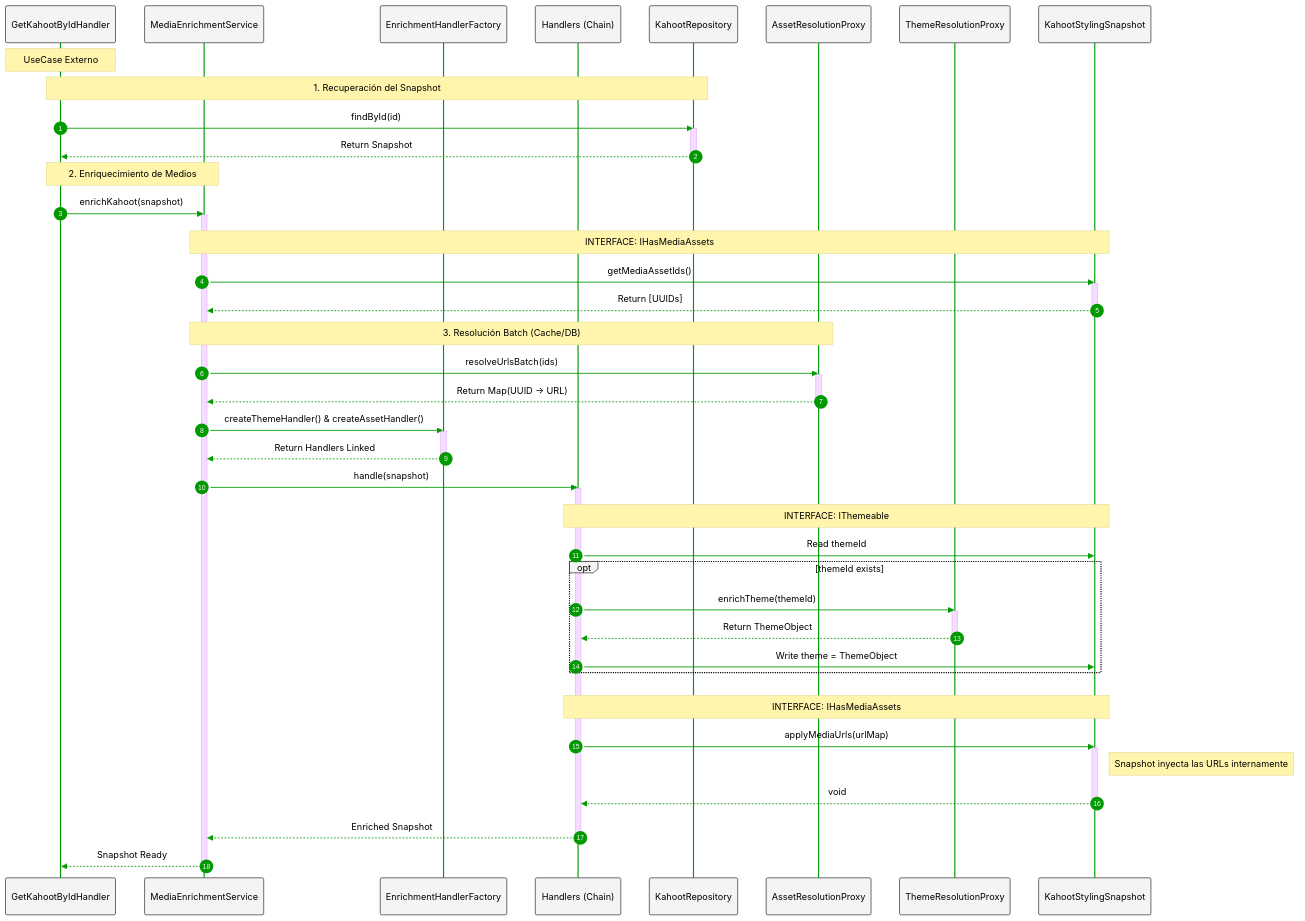
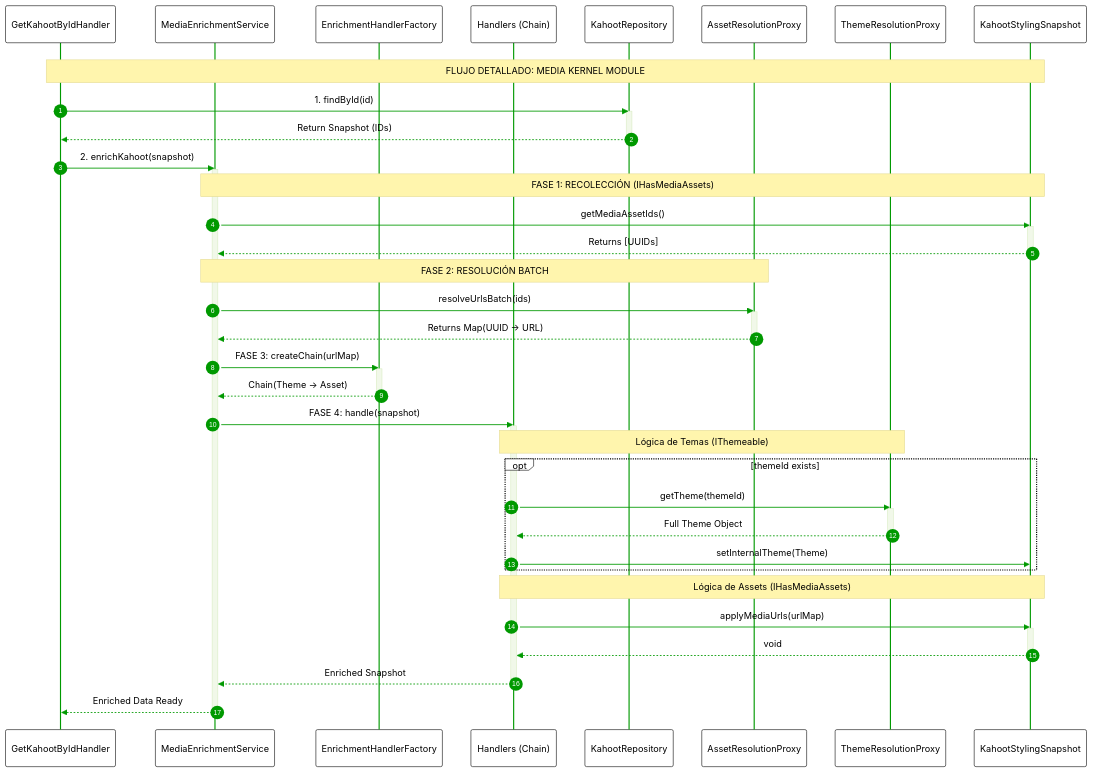
One commit to Franku03/quizzy-backend changed the fourth of 4 diagrams in README.md. Above: the diagram before and after it, drawn with Mermaid. The commit also changed other lines of this file, not shown here.

Commit message:
Revise Mermaid diagram styles and flow details
Updated Mermaid diagram styles and improved flow descriptions.

````diff
--- a/README.md
+++ b/README.md
@@ -610,18 +610,19 @@
 %%{init: {
   'theme': 'base',
   'themeVariables': {
-    'background': '#f4f4f5',
-    'mainBkg': '#f4f4f5',
+    'background': '#ffffff',
+    'mainBkg': '#ffffff',
+    'primaryColor': '#e1f5fe',
+    'secondaryColor': '#f1f8e9',
     'signalColor': '#009900',
     'signalTextColor': '#000000',
     'actorTextColor': '#000000',
     'noteTextColor': '#000000',
-    'loopTextColor': '#000000',
     'actorLineColor': '#009900',
     'labelBoxBorderColor': '#000000',
     'actorBorder': '#000000',
     'fontSize': '15px',
-    'fontFamily': 'Arial'
+    'fontFamily': 'Segoe UI'
   }
 } }%%
 
@@ -637,73 +638,56 @@
     participant ThemeProxy as ThemeResolutionProxy
     participant Snapshot as KahootStylingSnapshot
 
-    Note over Handler: UseCase Externo
+    rect rgb(255, 255, 255)
+        Note over Handler, Snapshot: FLUJO DETALLADO: MEDIA KERNEL MODULE
+        
+        Handler->>Repo: 1. findById(id)
+        activate Repo
+        Repo-->>Handler: Return Snapshot (IDs)
+        deactivate Repo
 
-    %% --- INICIO DEL FLUJO ---
-    
-    Note over Handler, Repo: 1. Recuperación del Snapshot
-    Handler->>Repo: findById(id)
-    activate Repo
-    Repo-->>Handler: Return Snapshot
-    deactivate Repo
+        Handler->>Facade: 2. enrichKahoot(snapshot)
+        activate Facade
 
-    Note over Handler, Facade: 2. Enriquecimiento de Medios
-    Handler->>Facade: enrichKahoot(snapshot)
-    activate Facade
-
-    %% FASE DE RECOLECCIÓN
-    rect rgb(255, 255, 255)
-        Note over Facade, Snapshot: INTERFACE: IHasMediaAssets
+        Note over Facade, Snapshot: FASE 1: RECOLECCIÓN (IHasMediaAssets)
         Facade->>Snapshot: getMediaAssetIds()
         activate Snapshot
-        Snapshot-->>Facade: Return [UUIDs]
+        Snapshot-->>Facade: Returns [UUIDs]
         deactivate Snapshot
-    end
 
-    %% FASE DE RESOLUCIÓN (INFRA)
-    Note over Facade, ImgProxy: 3. Resolución Batch (Cache/DB)
-    Facade->>ImgProxy: resolveUrlsBatch(ids)
-    activate ImgProxy
-    ImgProxy-->>Facade: Return Map(UUID -> URL)
-    deactivate ImgProxy
+        Note over Facade, ImgProxy: FASE 2: RESOLUCIÓN BATCH
+        Facade->>ImgProxy: resolveUrlsBatch(ids)
+        activate ImgProxy
+        ImgProxy-->>Facade: Returns Map(UUID -> URL)
+        deactivate ImgProxy
 
-    %% FASE DE CONFIGURACIÓN
-    Facade->>Factory: createThemeHandler() & createAssetHandler()
-    activate Factory
-    Factory-->>Facade: Return Handlers Linked
-    deactivate Factory
+        Facade->>Factory: FASE 3: createChain(urlMap)
+        activate Factory
+        Factory-->>Facade: Chain(Theme -> Asset)
+        deactivate Factory
 
-    %% FASE DE PROCESAMIENTO
-    Facade->>Chain: handle(snapshot)
-    activate Chain
+        Facade->>Chain: FASE 4: handle(snapshot)
+        activate Chain
 
-    %% LÓGICA DE TEMA
-    rect rgb(255, 255, 255)
-        Note over Chain, Snapshot: INTERFACE: IThemeable
-        Chain->>Snapshot: Read themeId
-        
+        Note over Chain, ThemeProxy: Lógica de Temas (IThemeable)
         opt themeId exists
-            Chain->>ThemeProxy: enrichTheme(themeId)
+            Chain->>ThemeProxy: getTheme(themeId)
             activate ThemeProxy
-            ThemeProxy-->>Chain: Return ThemeObject
+            ThemeProxy-->>Chain: Full Theme Object
             deactivate ThemeProxy
-            Chain->>Snapshot: Write theme = ThemeObject
+            Chain->>Snapshot: setInternalTheme(Theme)
         end
-    end
 
-    %% LÓGICA DE ASSETS
-    rect rgb(255, 255, 255)
-        Note over Chain, Snapshot: INTERFACE: IHasMediaAssets
+        Note over Chain, Snapshot: Lógica de Assets (IHasMediaAssets)
         Chain->>Snapshot: applyMediaUrls(urlMap)
         activate Snapshot
-        Note right of Snapshot: Snapshot inyecta las URLs internamente
         Snapshot-->>Chain: void
         deactivate Snapshot
+
+        Chain-->>Facade: Enriched Snapshot
+        deactivate Chain
+
+        Facade-->>Handler: Enriched Data Ready
+        deactivate Facade
     end
-
-    Chain-->>Facade: Enriched Snapshot
-    deactivate Chain
-
-    Facade-->>Handler: Snapshot Ready
-    deactivate Facade
 ```
````
